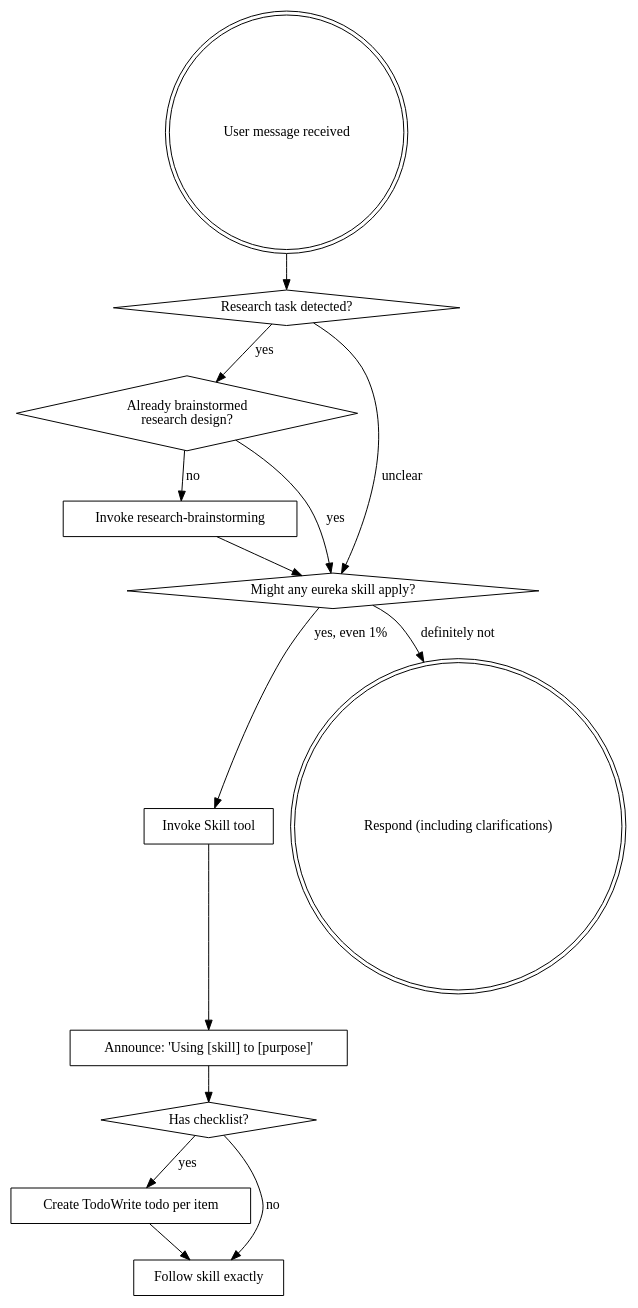
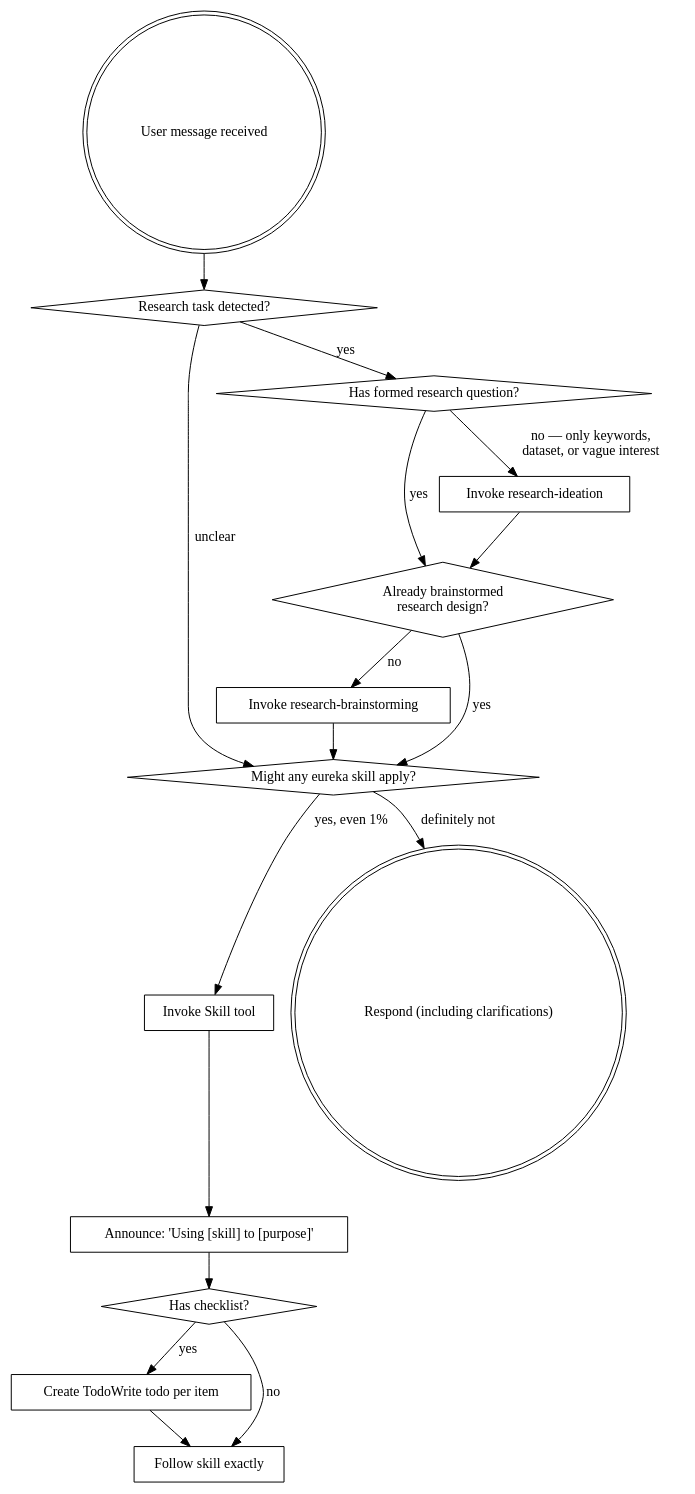
The first of 2 diagrams in skills/using-eureka/SKILL.md (jeonnoin-alt/Eureka), drawn with Graphviz before and after one commit.

Commit message:
feat(using-eureka): add research-ideation to routing flowchart

````diff
--- a/skills/using-eureka/SKILL.md
+++ b/skills/using-eureka/SKILL.md
@@ -53,30 +53,36 @@
 ```dot
 digraph eureka_flow {
     "User message received" [shape=doublecircle];
     "Research task detected?" [shape=diamond];
     "Already brainstormed\nresearch design?" [shape=diamond];
     "Invoke research-brainstorming" [shape=box];
     "Might any eureka skill apply?" [shape=diamond];
     "Invoke Skill tool" [shape=box];
     "Announce: 'Using [skill] to [purpose]'" [shape=box];
     "Has checklist?" [shape=diamond];
     "Create TodoWrite todo per item" [shape=box];
     "Follow skill exactly" [shape=box];
     "Respond (including clarifications)" [shape=doublecircle];
 
     "User message received" -> "Research task detected?";
-    "Research task detected?" -> "Already brainstormed\nresearch design?" [label="yes"];
+    "Has formed research question?" [shape=diamond];
+    "Invoke research-ideation" [shape=box];
+
+    "Research task detected?" -> "Has formed research question?" [label="yes"];
+    "Has formed research question?" -> "Already brainstormed\nresearch design?" [label="yes"];
+    "Has formed research question?" -> "Invoke research-ideation" [label="no — only keywords,\ndataset, or vague interest"];
+    "Invoke research-ideation" -> "Already brainstormed\nresearch design?";
     "Research task detected?" -> "Might any eureka skill apply?" [label="unclear"];
     "Already brainstormed\nresearch design?" -> "Invoke research-brainstorming" [label="no"];
     "Already brainstormed\nresearch design?" -> "Might any eureka skill apply?" [label="yes"];
     "Invoke research-brainstorming" -> "Might any eureka skill apply?";
 
     "Might any eureka skill apply?" -> "Invoke Skill tool" [label="yes, even 1%"];
     "Might any eureka skill apply?" -> "Respond (including clarifications)" [label="definitely not"];
     "Invoke Skill tool" -> "Announce: 'Using [skill] to [purpose]'";
     "Announce: 'Using [skill] to [purpose]'" -> "Has checklist?";
     "Has checklist?" -> "Create TodoWrite todo per item" [label="yes"];
     "Has checklist?" -> "Follow skill exactly" [label="no"];
     "Create TodoWrite todo per item" -> "Follow skill exactly";
 }
 ```
````
